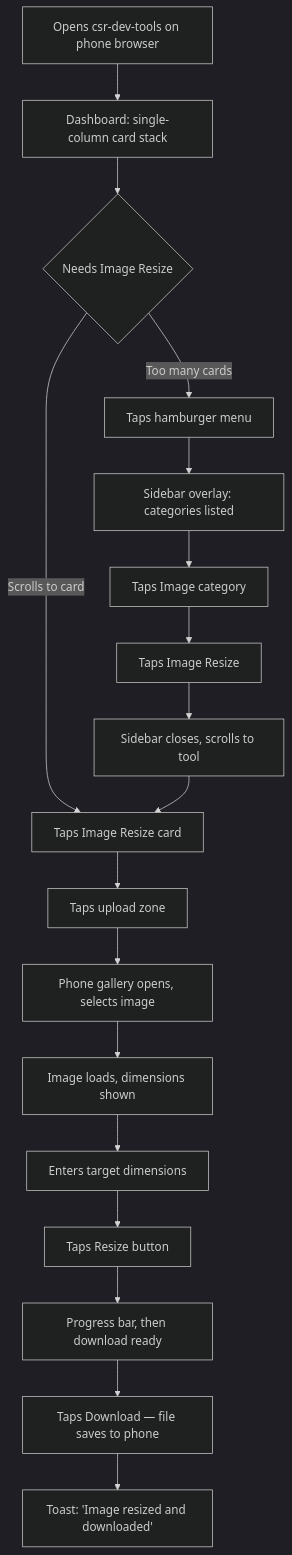
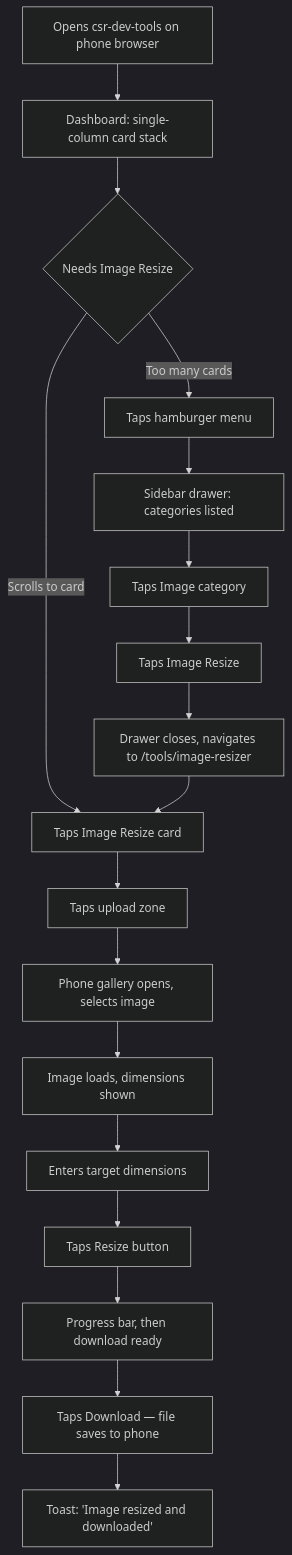
Before and after one commit to boengai/csr-dev-tools: the third of 4 diagrams in _bmad-output/planning-artifacts/ux-design-specification.md, drawn with Mermaid (dark theme). The commit also changed other lines of this file and 9 other files, not shown here.

````diff
--- a/_bmad-output/planning-artifacts/ux-design-specification.md
+++ b/_bmad-output/planning-artifacts/ux-design-specification.md
@@ -668,20 +682,20 @@
 ```mermaid
 flowchart TD
     A[Opens csr-dev-tools on phone browser] --> B[Dashboard: single-column card stack]
     B --> C{Needs Image Resize}
     C -->|Scrolls to card| D[Taps Image Resize card]
     C -->|Too many cards| E[Taps hamburger menu]
-    E --> F[Sidebar overlay: categories listed]
+    E --> F[Sidebar drawer: categories listed]
     F --> G[Taps Image category]
     G --> H[Taps Image Resize]
-    H --> I[Sidebar closes, scrolls to tool]
+    H --> I[Drawer closes, navigates to /tools/image-resizer]
     I --> D
     D --> J[Taps upload zone]
     J --> K[Phone gallery opens, selects image]
     K --> L[Image loads, dimensions shown]
     L --> M[Enters target dimensions]
     M --> N[Taps Resize button]
     N --> O[Progress bar, then download ready]
     O --> P[Taps Download — file saves to phone]
     P --> Q[Toast: 'Image resized and downloaded']
 ```
````
